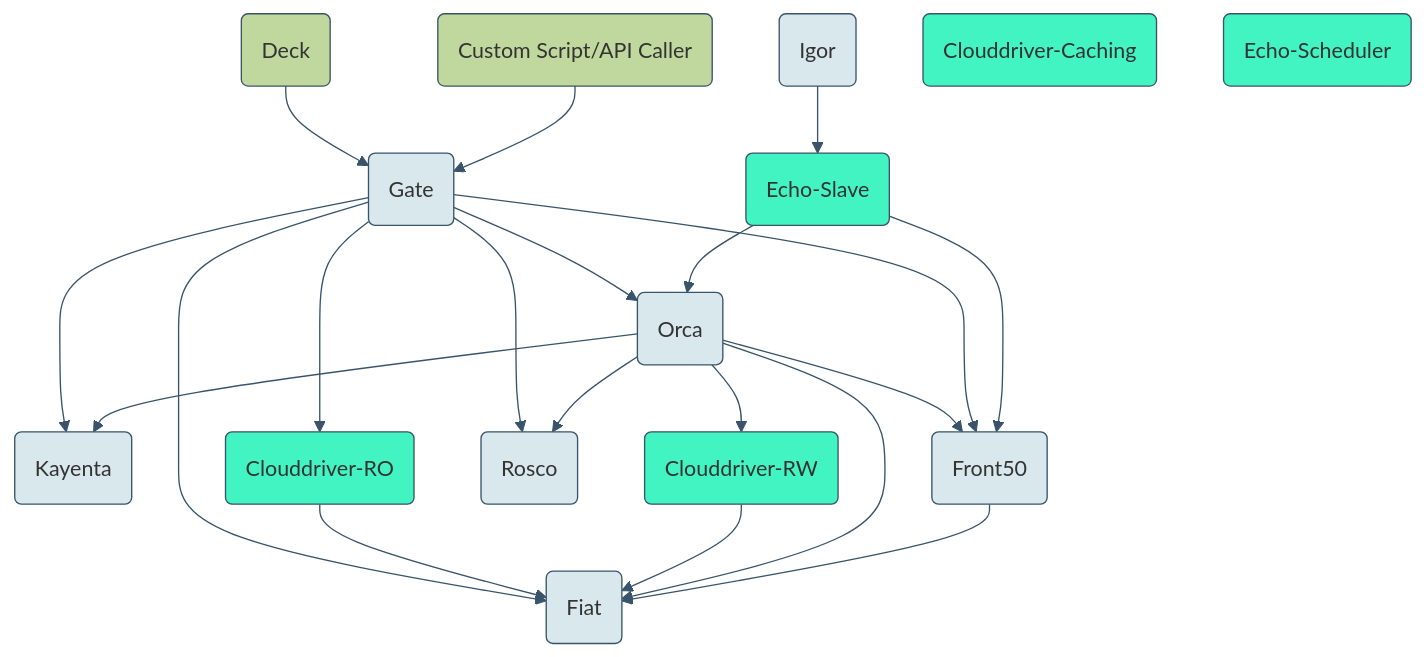
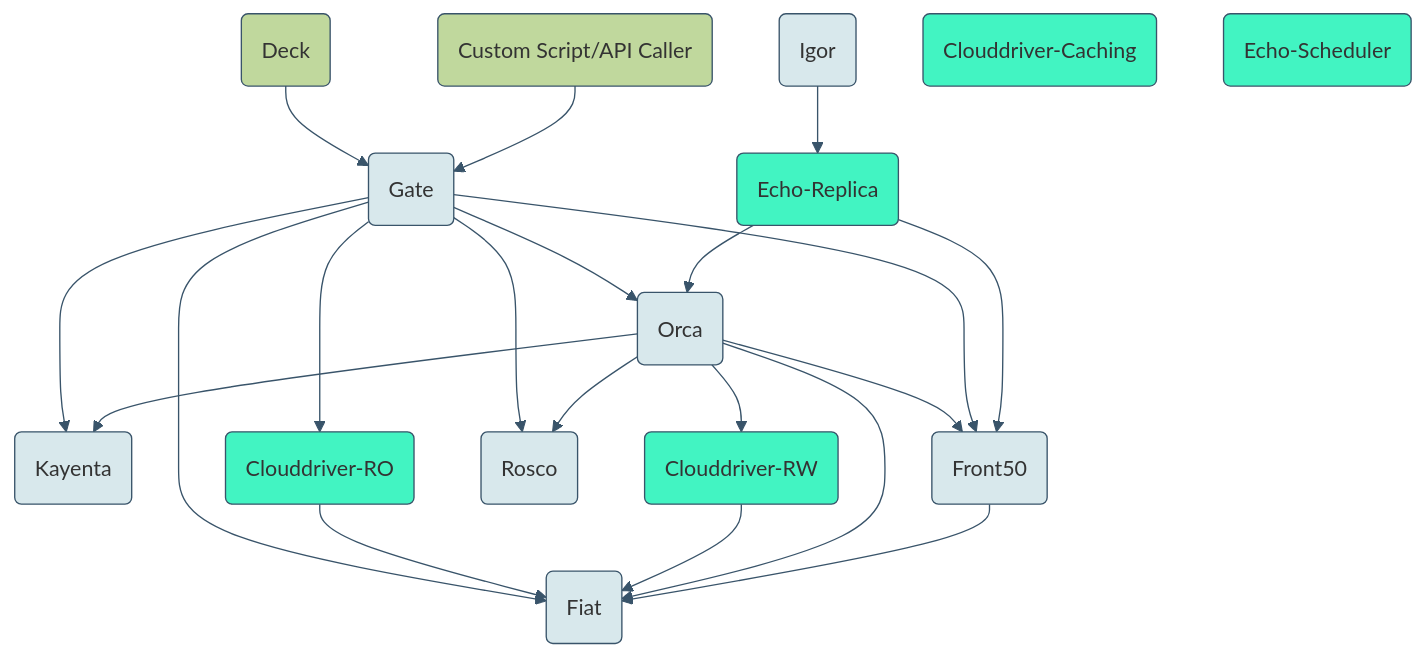
The third of 3 diagrams in reference/halyard/high-availability.md (spinnaker/spinnaker.github.io), drawn with Mermaid (base theme) before and after one commit. The commit also changed other lines of this file, not shown here.

Commit message:
docs(halyard/ha): Rename echo-slave to recho-replicax.

```diff
--- a/reference/halyard/high-availability.md
+++ b/reference/halyard/high-availability.md
@@ -130,34 +130,34 @@
  <div class="mermaid">
  graph TB
 
  deck(Deck) --> gate;
  api(Custom Script/API Caller) --> gate(Gate);
  gate --> kayenta(Kayenta);
  gate --> orca(Orca);
  gate --> clouddriver-ro(Clouddriver-RO);
  orca --> clouddriver-rw(Clouddriver-RW);
  gate --> rosco(Rosco);
  orca --> front50;
  orca --> rosco;
  gate --> front50(Front50);
  gate --> fiat(Fiat);
  orca --> kayenta;
  clouddriver-ro --> fiat;
  clouddriver-rw --> fiat;
  orca --> fiat;
  front50 --> fiat;
- echo-slave(Echo-Slave) --> orca;
- echo-slave --> front50;
- igor(Igor) --> echo-slave;
+ echo-replica(Echo-Replica) --> orca;
+ echo-replica --> front50;
+ igor(Igor) --> echo-replica;
  clouddriver-caching(Clouddriver-Caching);
  echo-scheduler(Echo-Scheduler);
 
  classDef default fill:#d8e8ec,stroke:#39546a;
  linkStyle default stroke:#39546a,stroke-width:1px,fill:none;
 
  classDef external fill:#c0d89d,stroke:#39546a;
  class deck,api external
 
  classDef split fill:#42f4c2,stroke:#39546a;
- class clouddriver-caching,clouddriver-ro,clouddriver-rw,echo-scheduler,echo-slave split
+ class clouddriver-caching,clouddriver-ro,clouddriver-rw,echo-scheduler,echo-replica split
  </div>
```
